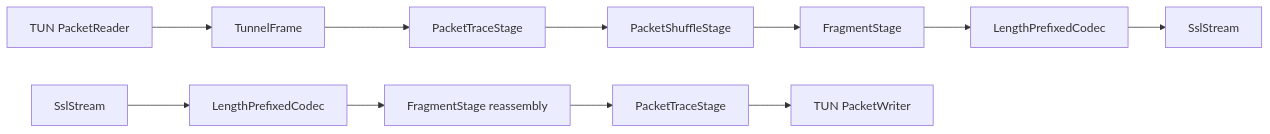
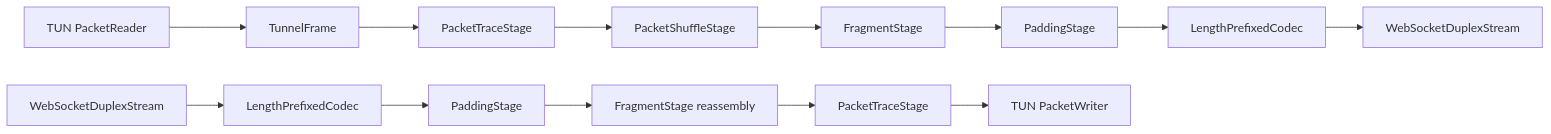
One commit to podkolzzzin/VPNSample changed the third of 7 diagrams in ARCHITECTURE.md. Above: the diagram before and after it, drawn with Mermaid. The commit also changed other lines of this file and 27 other files, not shown here.

Commit message:
Add authenticated WebSocket cover transport

````diff
--- a/ARCHITECTURE.md
+++ b/ARCHITECTURE.md
@@ -98,14 +103,16 @@
 ```mermaid
 flowchart LR
     TunRead[TUN PacketReader] --> Frame[TunnelFrame]
     Frame --> TraceOut[PacketTraceStage]
     TraceOut --> Shuffle[PacketShuffleStage]
     Shuffle --> Fragment[FragmentStage]
-    Fragment --> Codec[LengthPrefixedCodec]
-    Codec --> TcpWrite[SslStream]
+    Fragment --> Pad[PaddingStage]
+    Pad --> Codec[LengthPrefixedCodec]
+    Codec --> TcpWrite[WebSocketDuplexStream]
 
-    TcpRead[SslStream] --> Decode[LengthPrefixedCodec]
-    Decode --> Reassemble[FragmentStage reassembly]
+    TcpRead[WebSocketDuplexStream] --> Decode[LengthPrefixedCodec]
+    Decode --> Unpad[PaddingStage]
+    Unpad --> Reassemble[FragmentStage reassembly]
     Reassemble --> TraceIn[PacketTraceStage]
     TraceIn --> TunWrite[TUN PacketWriter]
 ```
````
